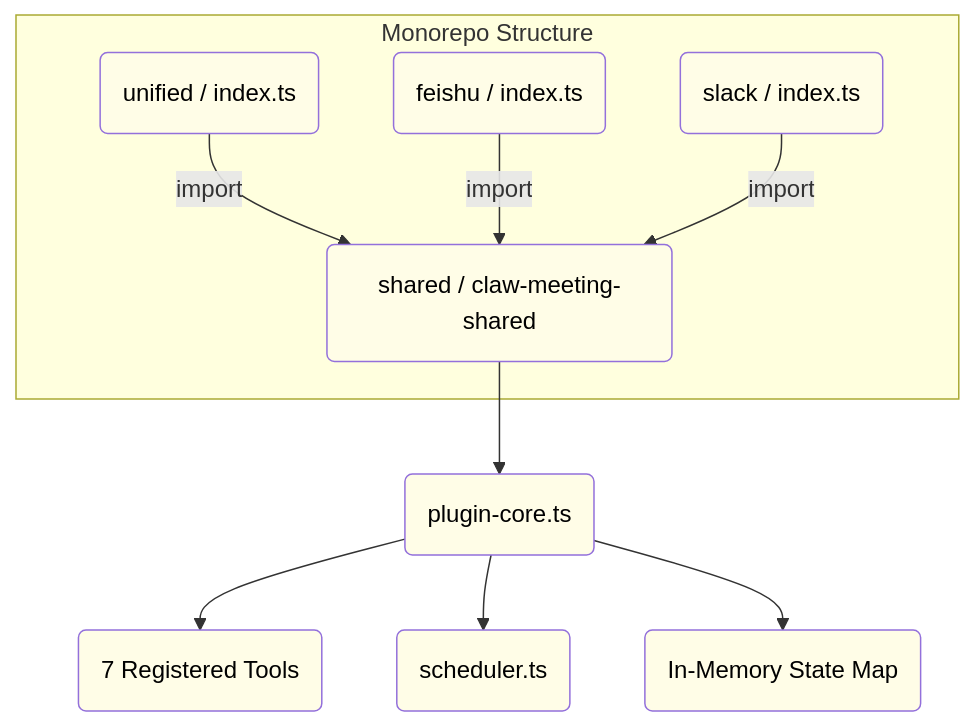
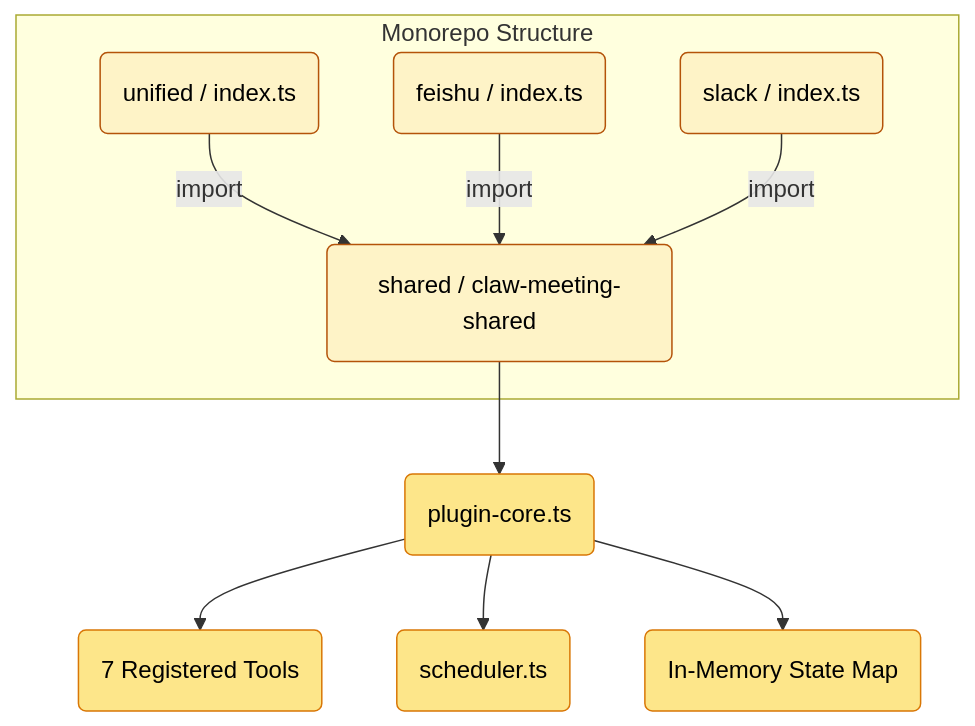
The first of 13 diagrams in README.md (javana3/claw_meeting_all), drawn with Mermaid before and after one commit. The commit also changed other lines of this file, not shown here.

Commit message:
Add golden borders and hierarchy to mermaid diagrams

````diff
--- a/README.md
+++ b/README.md
@@ -31,27 +31,27 @@
 ```mermaid
 graph TD
     subgraph "Monorepo Structure"
         SHARED(shared / claw-meeting-shared)
         UNI(unified / index.ts)
         FEI(feishu / index.ts)
         SLK(slack / index.ts)
     end
 
     UNI -->|import| SHARED
     FEI -->|import| SHARED
     SLK -->|import| SHARED
 
     SHARED --> CORE(plugin-core.ts)
     CORE --> TOOLS(7 Registered Tools)
     CORE --> SCHED(scheduler.ts)
     CORE --> STATE(In-Memory State Map)
 
-    style SHARED fill:#fffde7,color:#000
-    style UNI fill:#fffde7,color:#000
-    style FEI fill:#fffde7,color:#000
-    style SLK fill:#fffde7,color:#000
-    style CORE fill:#fffde7,color:#000
-    style STATE fill:#fffde7,color:#000
-    style TOOLS fill:#fffde7,color:#000
-    style SCHED fill:#fffde7,color:#000
+    style SHARED fill:#fef3c7,stroke:#b45309,color:#000
+    style UNI fill:#fef3c7,stroke:#b45309,color:#000
+    style FEI fill:#fef3c7,stroke:#b45309,color:#000
+    style SLK fill:#fef3c7,stroke:#b45309,color:#000
+    style CORE fill:#fde68a,stroke:#d97706,color:#000
+    style STATE fill:#fde68a,stroke:#d97706,color:#000
+    style TOOLS fill:#fde68a,stroke:#d97706,color:#000
+    style SCHED fill:#fde68a,stroke:#d97706,color:#000
 ```
````
